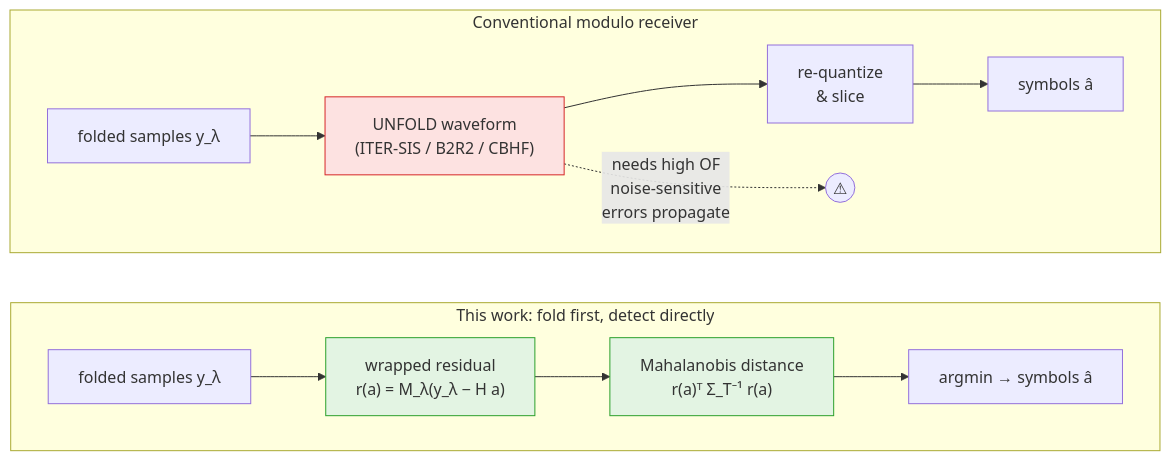
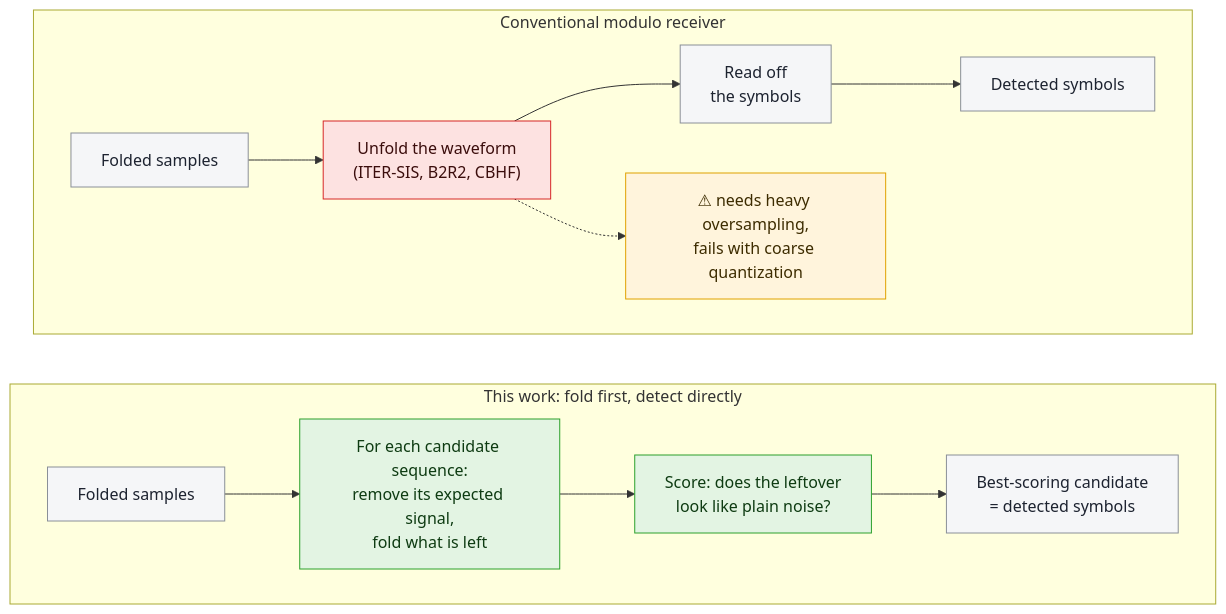
The first of 3 diagrams in README.md (krunalvaghela1262-eng/MF-ADC-COMMUNICATIONS), drawn with Mermaid before and after one commit. The commit also changed other lines of this file, not shown here.

First line of the commit message:
README: plain-language explanations, dark-mode-safe diagrams

````diff
--- a/README.md
+++ b/README.md
@@ -54,18 +54,23 @@
 ```mermaid
 flowchart TB
     subgraph U["Conventional modulo receiver"]
         direction LR
-        A1["folded samples y_λ"] --> B1["UNFOLD waveform<br/>(ITER-SIS / B2R2 / CBHF)"]
-        B1 --> C1["re-quantize<br/>& slice"] --> D1["symbols â"]
-        B1 -. "needs high OF<br/>noise-sensitive<br/>errors propagate" .-> X1(("⚠"))
+        A1["Folded samples"] --> B1["Unfold the waveform<br/>(ITER-SIS, B2R2, CBHF)"]
+        B1 --> C1["Read off<br/>the symbols"] --> D1["Detected symbols"]
+        B1 -.-> X1["⚠ needs heavy oversampling,<br/>fails with coarse quantization"]
     end
     subgraph P["This work: fold first, detect directly"]
         direction LR
-        A2["folded samples y_λ"] --> B2["wrapped residual<br/>r(a) = M_λ(y_λ − H a)"]
-        B2 --> C2["Mahalanobis distance<br/>r(a)ᵀ Σ_T⁻¹ r(a)"] --> D2["argmin → symbols â"]
+        A2["Folded samples"] --> B2["For each candidate sequence:<br/>remove its expected signal,<br/>fold what is left"]
+        B2 --> C2["Score: does the leftover<br/>look like plain noise?"] --> D2["Best-scoring candidate<br/>= detected symbols"]
     end
     U ~~~ P
-    style B1 fill:#fde2e1,stroke:#d62728
-    style B2 fill:#e3f4e3,stroke:#2ca02c
-    style C2 fill:#e3f4e3,stroke:#2ca02c
+    classDef bad fill:#fde2e1,stroke:#d62728,color:#3b0d0c
+    classDef good fill:#e3f4e3,stroke:#2ca02c,color:#0e3b12
+    classDef plain fill:#f5f6f8,stroke:#8a8f98,color:#1d2330
+    classDef warn fill:#fff4dc,stroke:#e0a100,color:#3d2c00
+    class B1 bad
+    class B2,C2 good
+    class A1,C1,D1,A2,D2 plain
+    class X1 warn
 ```
````
